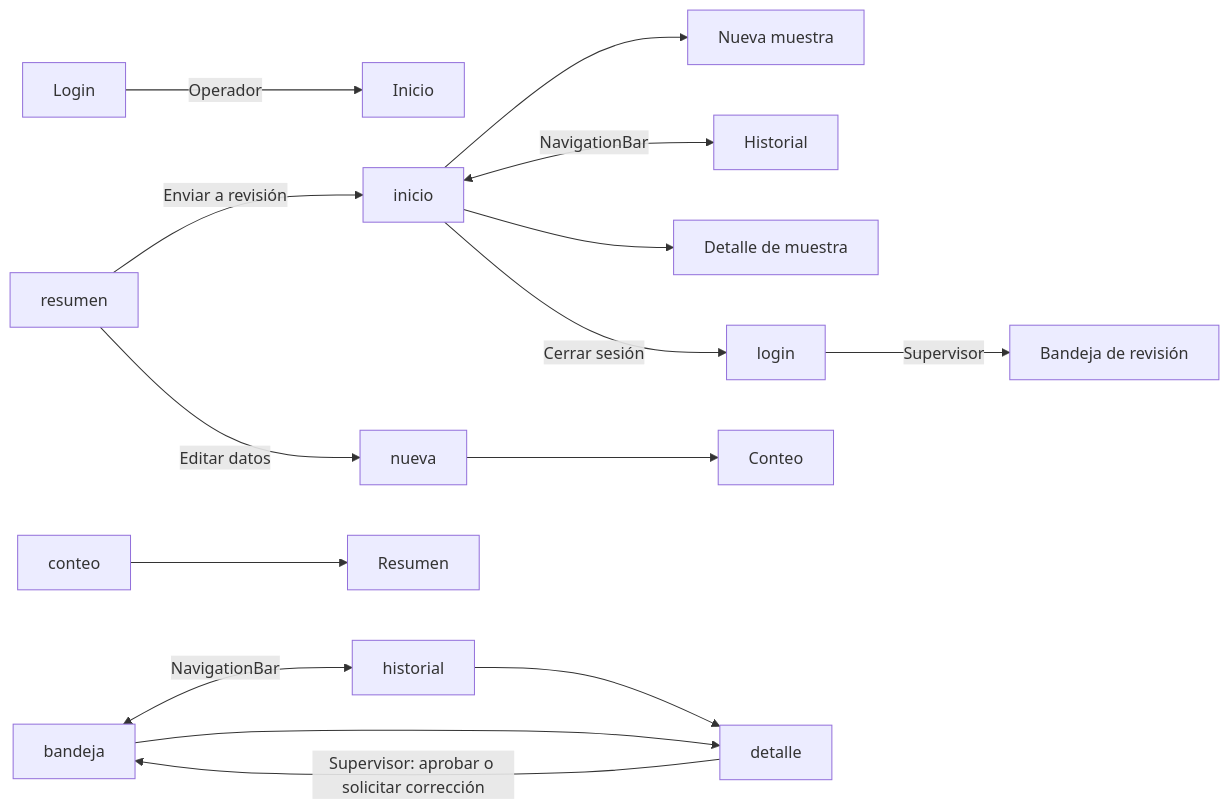
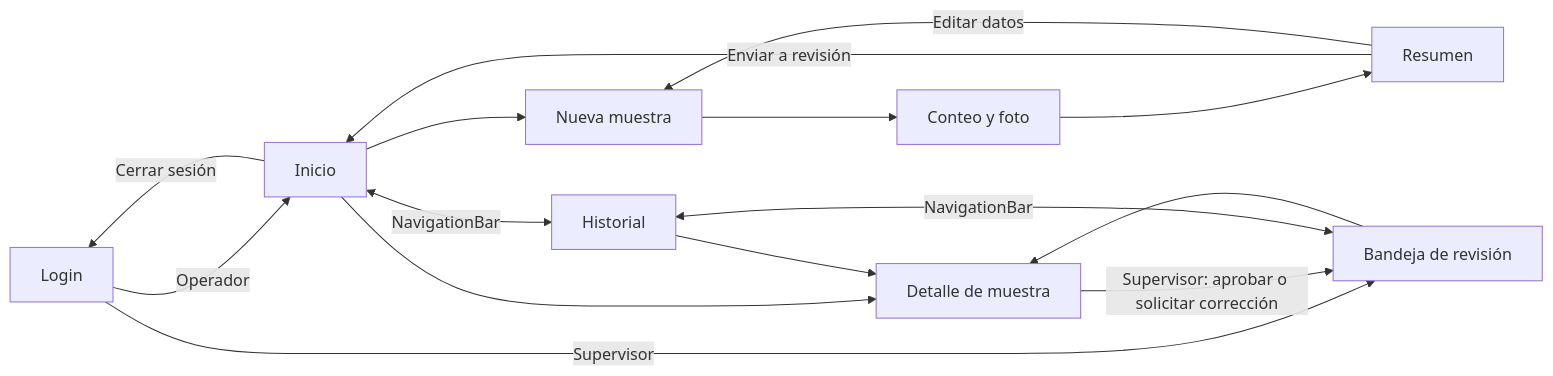
One commit to Catal2s/AquaSample-DSY1105 changed the first of 2 diagrams in README.md. Above: the diagram before and after it, drawn with Mermaid. The commit also changed other lines of this file, not shown here.

````diff
--- a/README.md
+++ b/README.md
@@ -156,17 +171,17 @@
 ```mermaid
 flowchart LR
-    login\["Login"] -->|Operador| inicio\["Inicio"]
-    login -->|Supervisor| bandeja\["Bandeja de revisión"]
-    inicio --> nueva\["Nueva muestra"]
-    nueva --> conteo\["Conteo"]
-    conteo --> resumen\["Resumen"]
+    login["Login"] -->|Operador| inicio["Inicio"]
+    login -->|Supervisor| bandeja["Bandeja de revisión"]
+    inicio --> nueva["Nueva muestra"]
+    nueva --> conteo["Conteo y foto"]
+    conteo --> resumen["Resumen"]
     resumen -->|"Enviar a revisión"| inicio
     resumen -->|"Editar datos"| nueva
-    inicio <-->|"NavigationBar"| historial\["Historial"]
+    inicio <-->|"NavigationBar"| historial["Historial"]
     bandeja <-->|"NavigationBar"| historial
-    inicio --> detalle\["Detalle de muestra"]
+    inicio --> detalle["Detalle de muestra"]
     historial --> detalle
     bandeja --> detalle
     detalle -->|"Supervisor: aprobar o solicitar corrección"| bandeja
     inicio -->|"Cerrar sesión"| login
 ```
````
